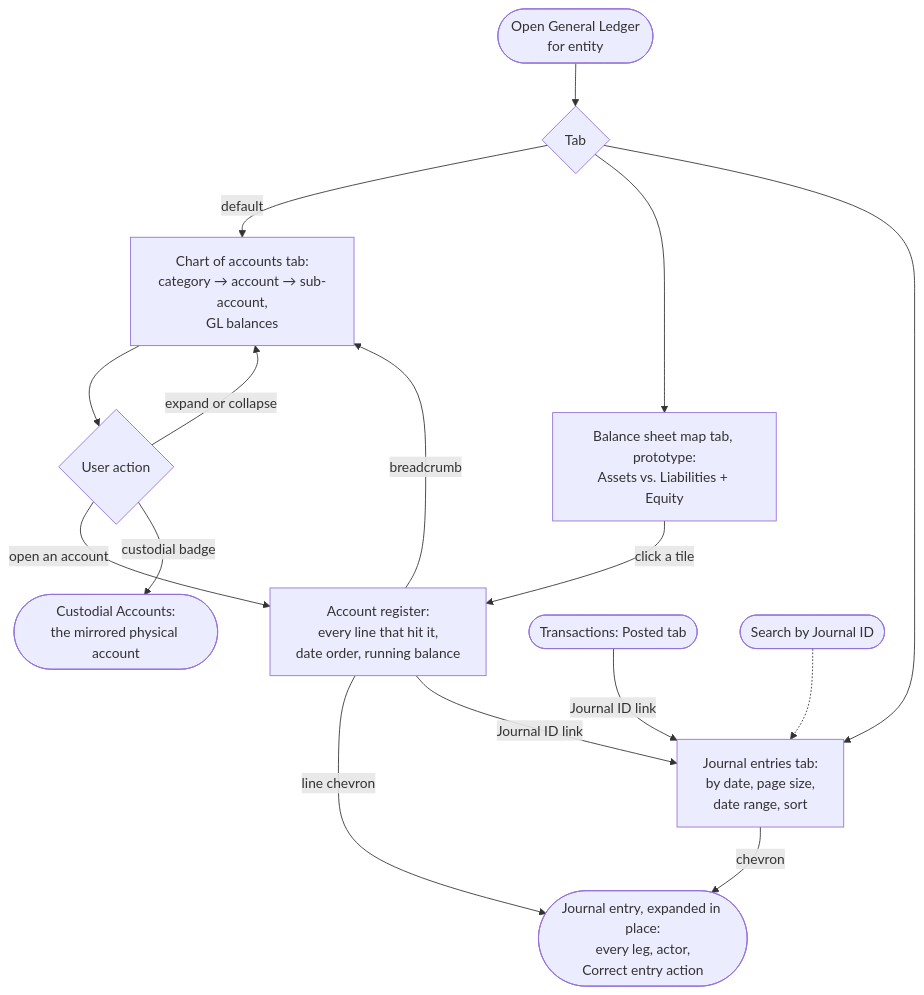
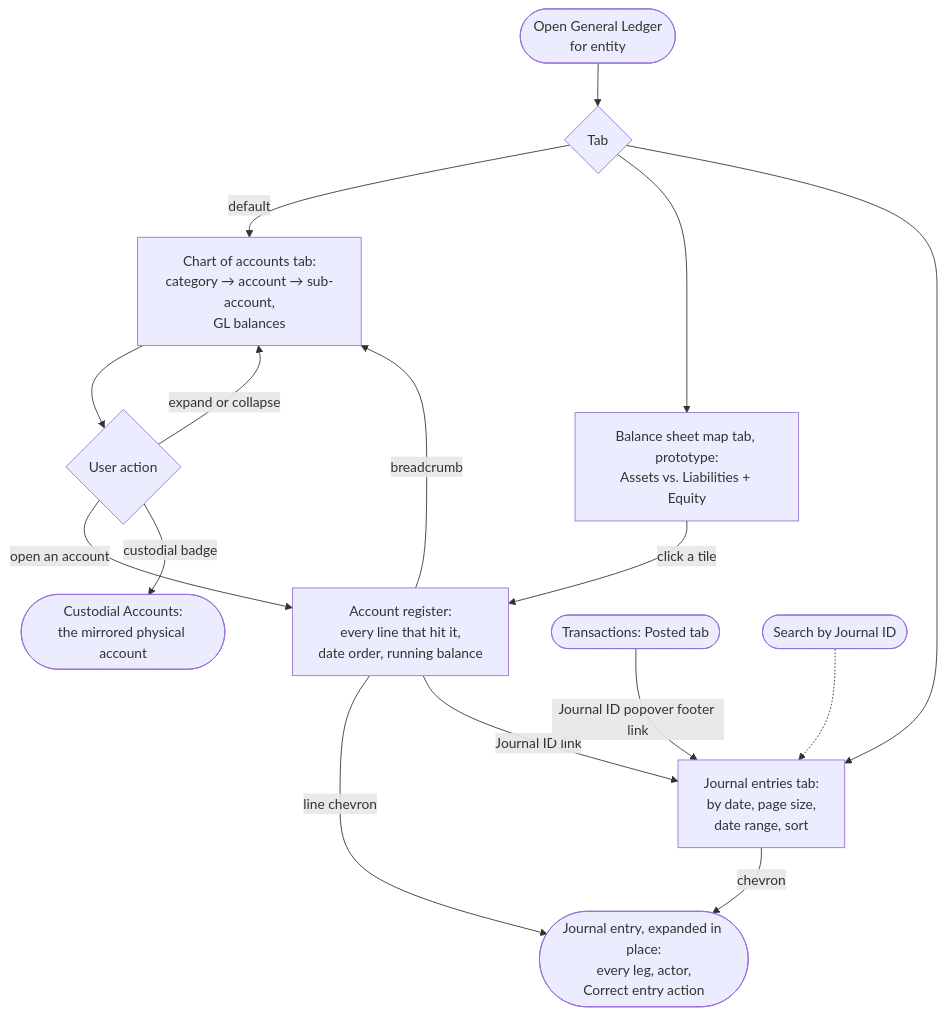
Before and after one commit to richmosko/polycarpic: the diagram in docs/DESIGN/flows/general-ledger-flow.md, drawn with Mermaid. The commit also changed other lines of this file and 5 other files, not shown here.

First line of the commit message:
docs(design): Posted lists manual entries; Journal ID opens a popover

````diff
--- a/docs/DESIGN/flows/general-ledger-flow.md
+++ b/docs/DESIGN/flows/general-ledger-flow.md
@@ -5,18 +5,18 @@
 ```mermaid
 flowchart TD
   open([Open General Ledger\nfor entity]) --> tabs{Tab}
   tabs -- default --> tree[Chart of accounts tab:\ncategory → account → sub-account,\nGL balances]
   tabs --> map[Balance sheet map tab, prototype:\nAssets vs. Liabilities + Equity]
   tabs --> journal[Journal entries tab:\nby date, page size,\ndate range, sort]
   tree --> act{User action}
   act -- expand or collapse --> tree
   act -- open an account --> register[Account register:\nevery line that hit it,\ndate order, running balance]
   map -- click a tile --> register
   act -- custodial badge --> custodial([Custodial Accounts:\nthe mirrored physical account])
   register -- line chevron --> entry([Journal entry, expanded in place:\nevery leg, actor,\nCorrect entry action])
   register -- breadcrumb --> tree
   journal -- chevron --> entry
   register -- Journal ID link --> journal
-  posted([Transactions: Posted tab]) -- Journal ID link --> journal
+  posted([Transactions: Posted tab]) -- Journal ID popover footer link --> journal
   search([Search by Journal ID]) -.-> journal
 ```
````
